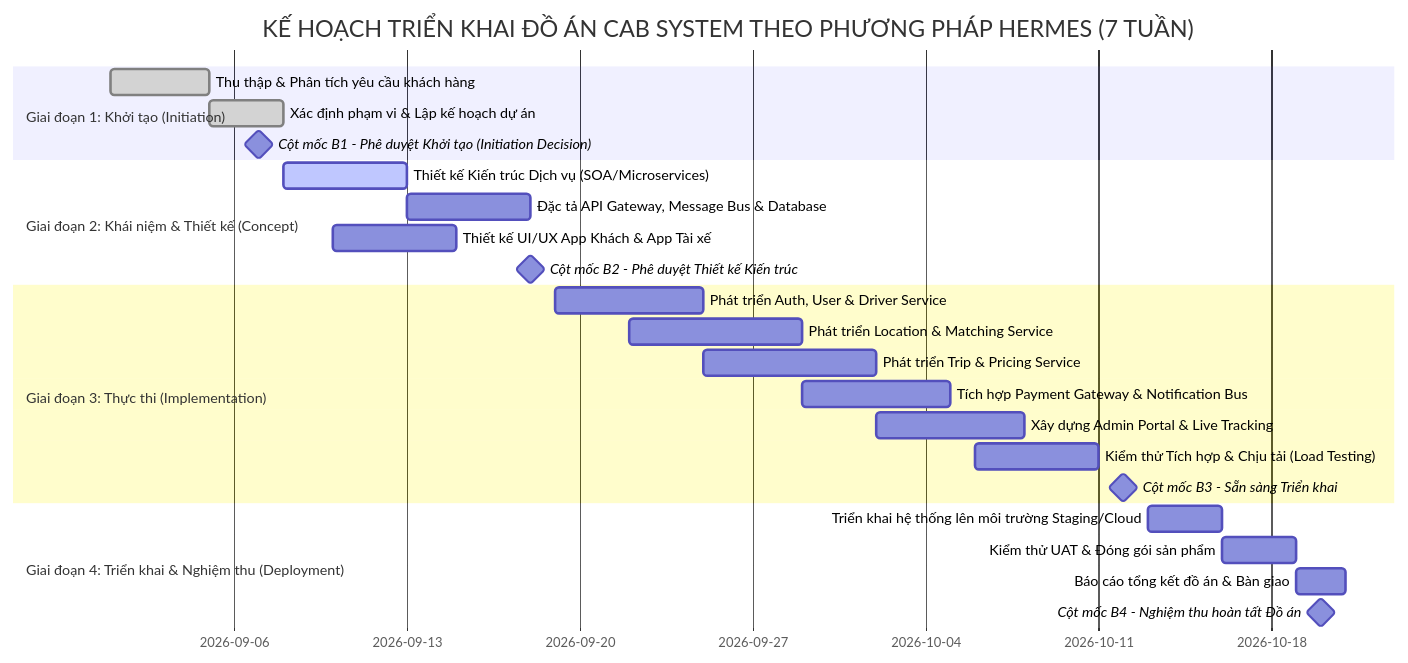
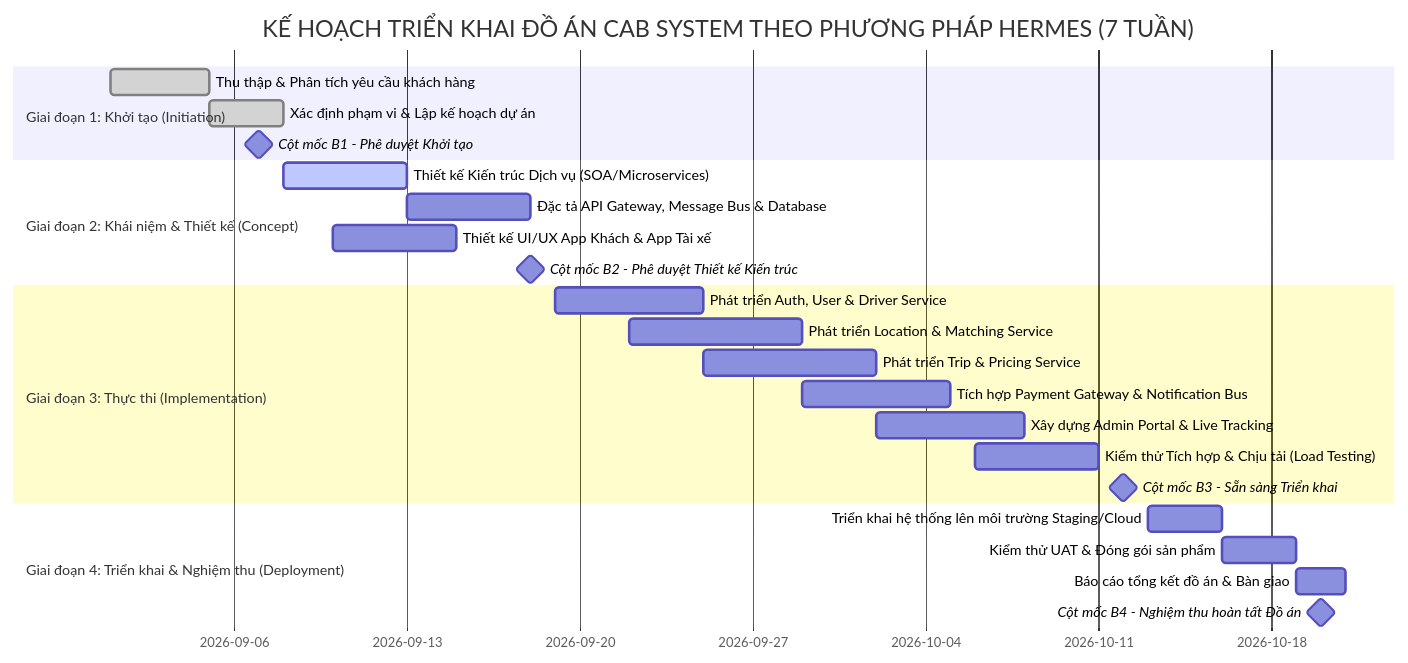
Before and after one commit to NguyenDinhHao1709/22713431_NguyenDinhHao_CABSYSTEM: diagram 14 of 14 in SRS.md, drawn with Mermaid. The commit also changed other lines of this file and 1 other file, not shown here.

Commit message:
docs: finalize SRS with BRULE, NFR, Detailed Use Cases and ERD Data Model

````diff
--- a/SRS.md
+++ b/SRS.md
@@ -797,30 +1018,30 @@
 ```mermaid
 gantt
     title KẾ HOẠCH TRIỂN KHAI ĐỒ ÁN CAB SYSTEM THEO PHƯƠNG PHÁP HERMES (7 TUẦN)
     dateFormat  YYYY-MM-DD
     section Giai đoạn 1: Khởi tạo (Initiation)
     Thu thập & Phân tích yêu cầu khách hàng      :done, init1, 2026-09-01, 4d
     Xác định phạm vi & Lập kế hoạch dự án        :done, init2, after init1, 3d
-    Cột mốc B1 - Phê duyệt Khởi tạo (Initiation Decision) :milestone, m1, 2026-09-07, 0d
+    Cột mốc B1 - Phê duyệt Khởi tạo             :milestone, m1, 2026-09-07, 0d
 
     section Giai đoạn 2: Khái niệm & Thiết kế (Concept)
     Thiết kế Kiến trúc Dịch vụ (SOA/Microservices):active, con1, 2026-09-08, 5d
     Đặc tả API Gateway, Message Bus & Database   :con2, after con1, 5d
     Thiết kế UI/UX App Khách & App Tài xế        :con3, 2026-09-10, 5d
     Cột mốc B2 - Phê duyệt Thiết kế Kiến trúc     :milestone, m2, 2026-09-18, 0d
 
     section Giai đoạn 3: Thực thi (Implementation)
     Phát triển Auth, User & Driver Service       :imp1, 2026-09-19, 6d
     Phát triển Location & Matching Service       :imp2, 2026-09-22, 7d
     Phát triển Trip & Pricing Service            :imp3, 2026-09-25, 7d
     Tích hợp Payment Gateway & Notification Bus  :imp4, 2026-09-29, 6d
     Xây dựng Admin Portal & Live Tracking        :imp5, 2026-10-02, 6d
     Kiểm thử Tích hợp & Chịu tải (Load Testing) :imp6, 2026-10-06, 5d
     Cột mốc B3 - Sẵn sàng Triển khai             :milestone, m3, 2026-10-12, 0d
 
     section Giai đoạn 4: Triển khai & Nghiệm thu (Deployment)
     Triển khai hệ thống lên môi trường Staging/Cloud:dep1, 2026-10-13, 3d
     Kiểm thử UAT & Đóng gói sản phẩm             :dep2, after dep1, 3d
     Báo cáo tổng kết đồ án & Bàn giao            :dep3, after dep2, 2d
     Cột mốc B4 - Nghiệm thu hoàn tất Đồ án       :milestone, m4, 2026-10-20, 0d
 ```
````
